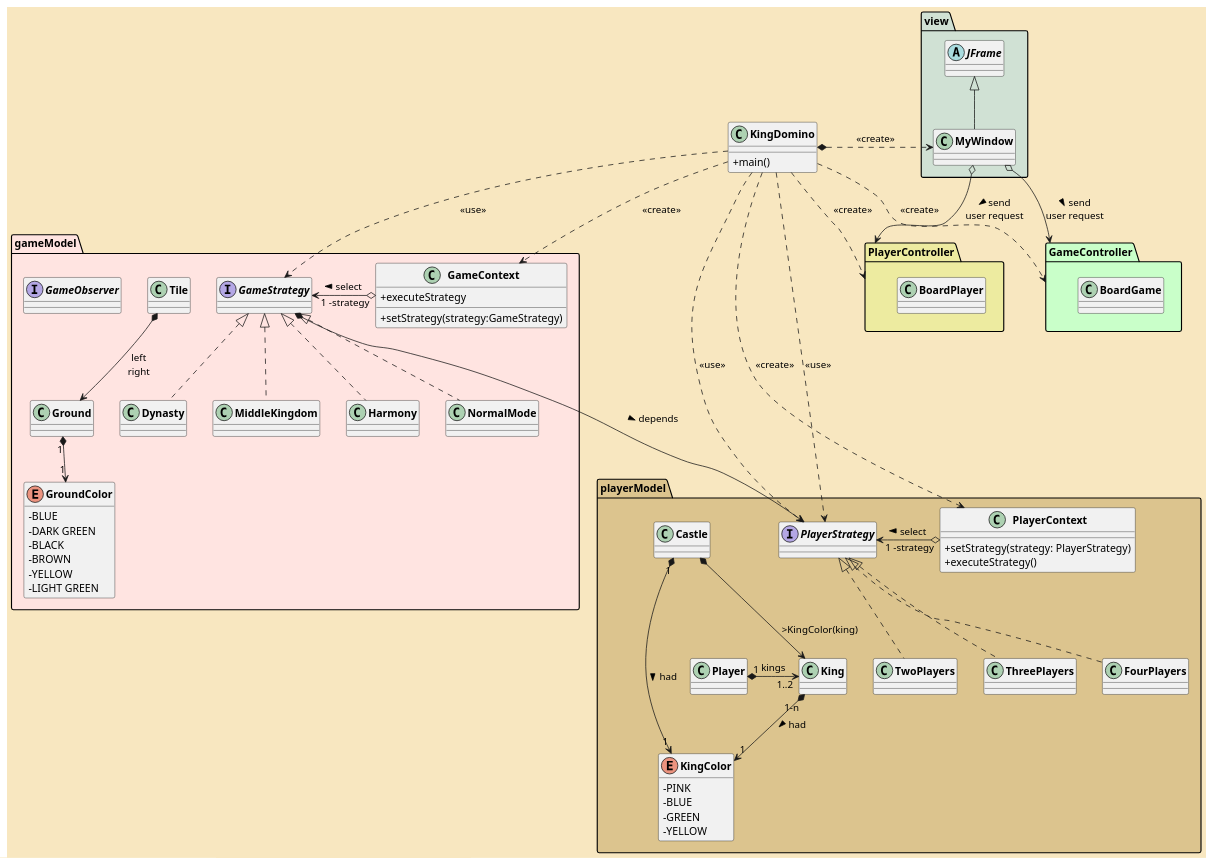
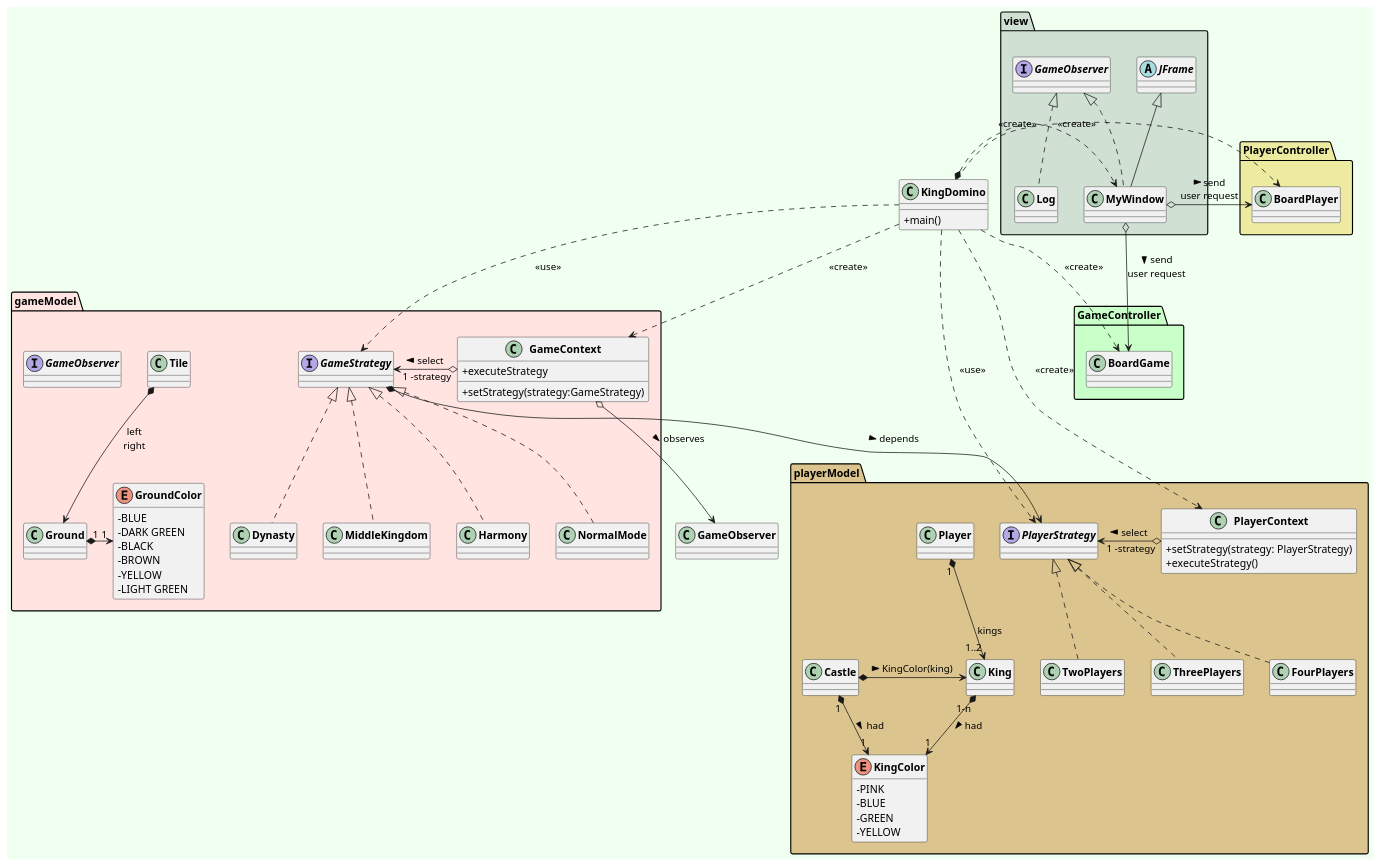
The diagram in kingdomino/UML/View.puml (ErenMustafaGit/Kingdomino), drawn with PlantUML before and after one commit.

Commit message:
UPDATE UML : MVC

```diff
--- a/kingdomino/UML/View.puml
+++ b/kingdomino/UML/View.puml
@@ -1,151 +1,157 @@
 @startuml
 'skinparam style strictuml
 skinparam classAttributeIconSize 0
 skinparam classFontStyle Bold
 hide enum methods
-skinparam BackgroundColor Strategy
+skinparam BackgroundColor HoneyDew
 
 'class main qui va executer le jeu
 class KingDomino{
 +main()
 }
 
 
-'package VIEW
-package view #D0E1D4{
-    'application du jeu (design avec Swing)
-    class MyWindow extends JFrame{
 
-    }
-    'JFRAME
-    abstract class JFrame{
-    }
-}
 'package CONTROLLER
 package GameController #technology{
     ' plateau de jeu
     class BoardGame{
 
     }
 }
 'package PlayerController
 package PlayerController #EDEBA0{
     'plateau du joueur
         class BoardPlayer{
 
         }
 }
 'package MODEL jeu
 package gameModel #mistyrose{
     'tuiles numéroté
     class Tile{
 
     }
     'coté de la tuile (droite ou gauche)
     class Ground{
 
     }
     'couleur des cotés de la tuile
     enum GroundColor{
     -BLUE
     -DARK GREEN
     -BLACK
     -BROWN
     -YELLOW
     -LIGHT GREEN
     }
     'strategy permettant de pouvoir choisir le jeu qu'on veut
     interface GameStrategy{
 
     }
     'contexte du jeu
     class GameContext{
     +setStrategy(strategy:GameStrategy)
     +executeStrategy
     }
     class NormalMode implements GameStrategy{
 
     }
     'classe dynastie
     class Dynasty implements GameStrategy{
 
     }
     'class empire du milieu
     class MiddleKingdom implements GameStrategy{
 
     }
 
     'class harmonie
     class Harmony implements GameStrategy{
 
     }
     'interface observer qui va permettre de notifier les changements
     interface GameObserver{
 'aussi le score final
     }
 }
 'package model joueur
 package playerModel #DCC48E{
     'interface players
     interface PlayerStrategy{
 
     }
     'class contexte de la stratégie
     class PlayerContext{
     + setStrategy(strategy: PlayerStrategy)
     + executeStrategy()
     }
     class TwoPlayers implements PlayerStrategy{
 
     }
 
     class ThreePlayers implements PlayerStrategy{
     }
 
    class FourPlayers implements PlayerStrategy{
 
    }
     'joueur
     class Player{
 
     }
 
     'roi
     class King{
 
     }
     'class chateau
     class Castle{
 
     }
 
     'couleur du roi et du chateau
     enum KingColor{
     -PINK
     -BLUE
     -GREEN
     -YELLOW
     }
 }
 
-GameStrategy *--->PlayerStrategy : > depends
-Ground "1"*-->"1"GroundColor
+'package VIEW
+package view #D0E1D4{
+    'application du jeu (design avec Swing)
+    class MyWindow extends JFrame implements GameObserver{
+
+    }
+    'JFRAME
+    abstract class JFrame{
+    }
+
+    'classe qui va permettre de notifier la partie utilisée et le score final en fin de partie
+    class Log implements GameObserver{
+
+    }
+}
+
+GameStrategy *-->PlayerStrategy : > depends
+Ground "1"*->"1"GroundColor
 King"1-n"*-->"1" KingColor: > had
 Castle"1"*-->"1"KingColor : > had
-KingDomino..> PlayerController : <<create>>
-KingDomino..> GameController : <<create>>
+KingDomino .> BoardPlayer : <<create>>
+KingDomino..> BoardGame : <<create>>
 KingDomino.> PlayerStrategy : <<use>>
 KingDomino..> GameStrategy : <<use>>
-Player "1"*->"1..2"King : kings
-KingDomino *.> MyWindow : <<create>>
-Castle *--> King: >KingColor(king)
-KingDomino ..>PlayerStrategy : <<use>>
+Player "1"*-->"1..2"King : kings
+KingDomino *.>MyWindow : <<create>>
+Castle *-> King: > KingColor(king)
 KingDomino ..>PlayerContext : <<create>>
 PlayerContext o-> PlayerStrategy :"1 -strategy" > select
 KingDomino ..>GameContext : <<create>>
 GameContext o-> GameStrategy :"1 -strategy" > select
 Tile *-->Ground : "left\nright"
-MyWindow o--> GameController : > send \nuser request
-MyWindow o--> PlayerController : > send \nuser request
-
+MyWindow o-> BoardGame : > send \nuser request
+MyWindow o-> BoardPlayer : > send \nuser request
+GameContext o-->GameObserver : > observes
 @enduml
```
